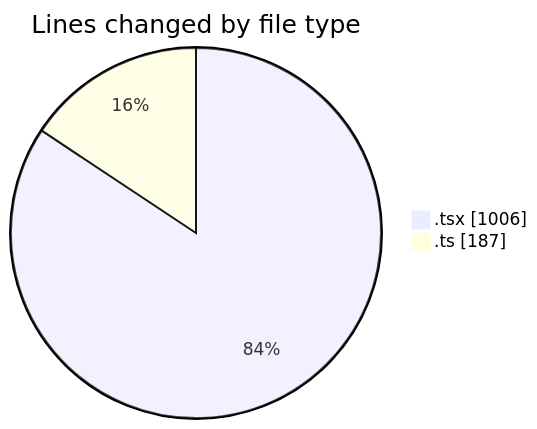
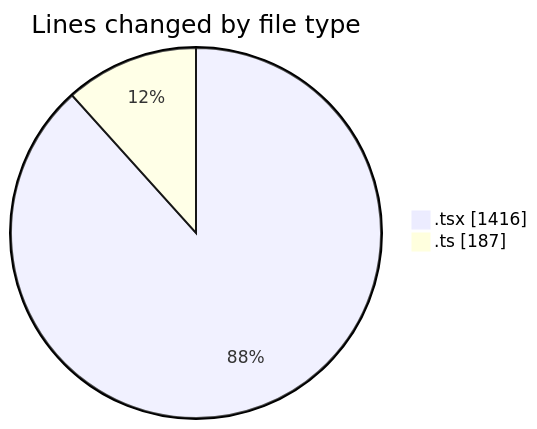
One commit to robertbonfada/code-tracking changed the first of 2 diagrams in 2025-02-03/mbc-web/README.md. Above: the diagram before and after it, drawn with Mermaid. The commit also changed other lines of this file and 1 other file, not shown here.

````diff
--- a/2025-02-03/mbc-web/README.md
+++ b/2025-02-03/mbc-web/README.md
@@ -23,6 +25,6 @@
 ```mermaid
 pie showData
 title Lines changed by file type
-".tsx" : 1006
+".tsx" : 1416
 ".ts" : 187
 ```
````
